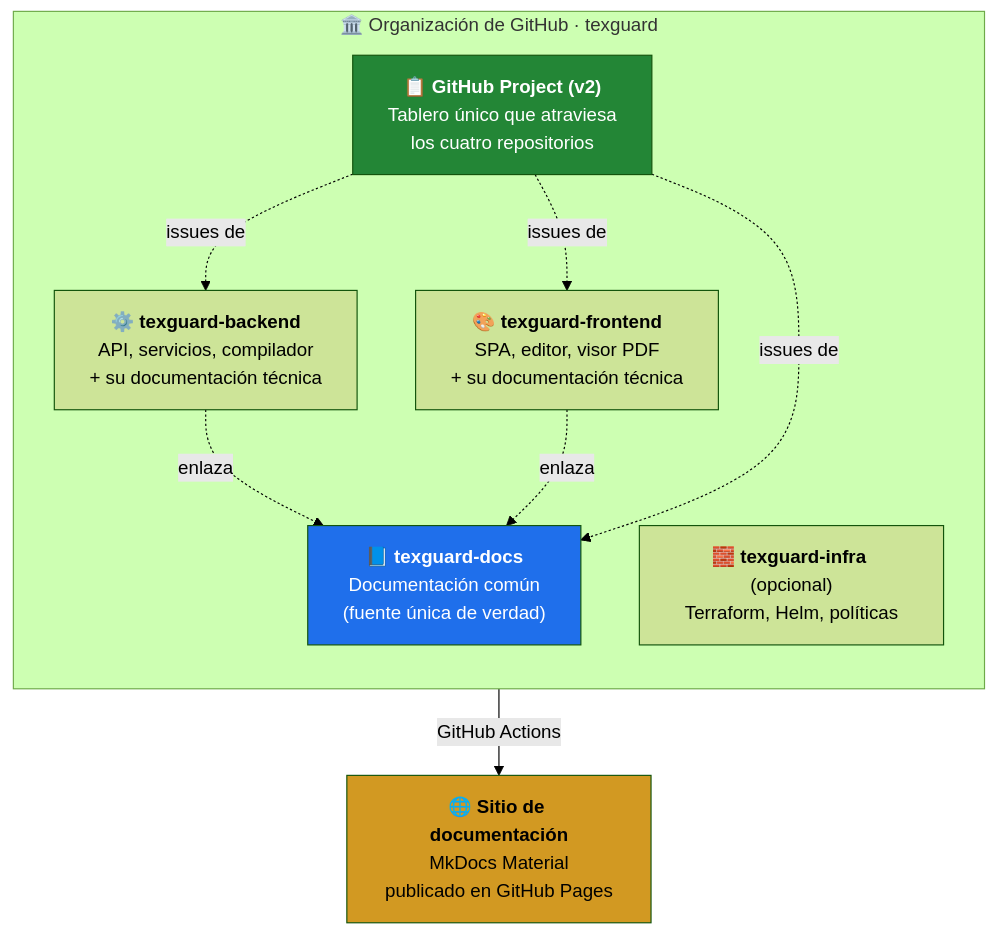
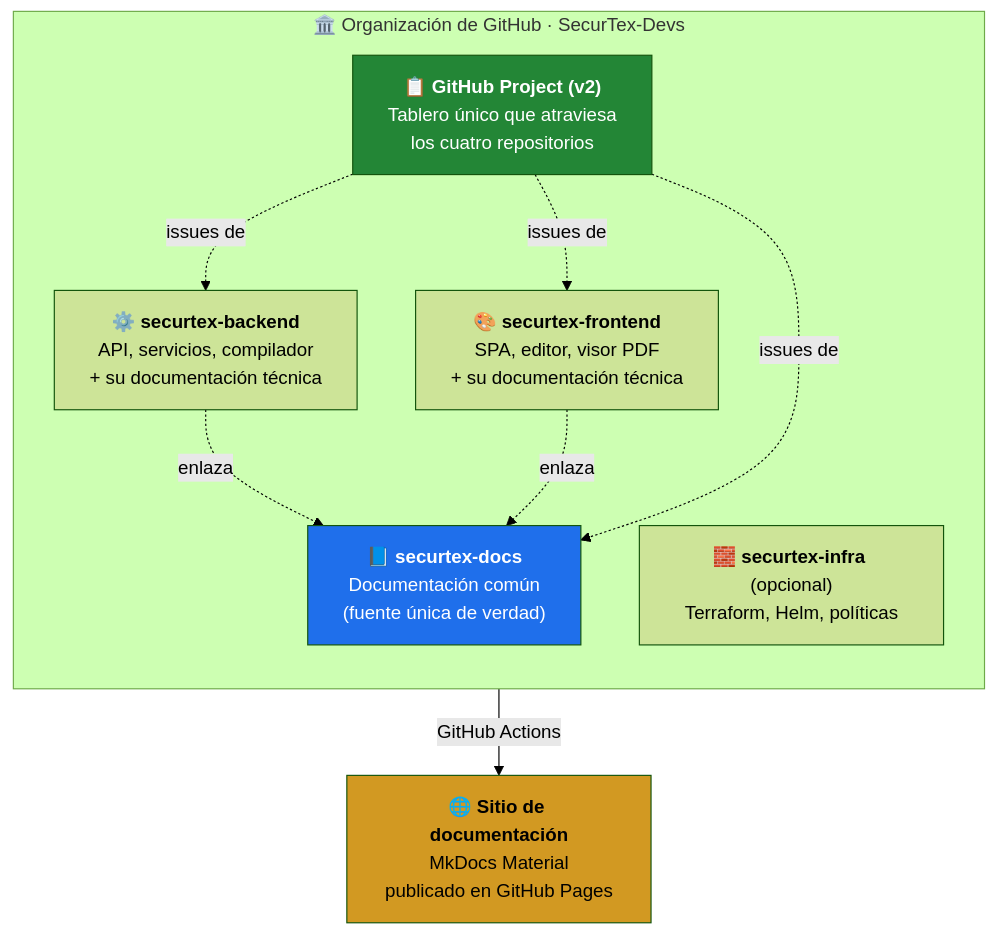
Before and after one commit to SecurTex-Devs/securetex: the first of 2 diagrams in docs/00-Publicacion-de-la-Documentacion.md, drawn with Mermaid (forest theme). The commit also changed other lines of this file and 25 other files, not shown here.

First line of the commit message:
refactor: renombra el producto de TeXGuard a SecurTex

````diff
--- a/docs/00-Publicacion-de-la-Documentacion.md
+++ b/docs/00-Publicacion-de-la-Documentacion.md
@@ -11,24 +11,24 @@
 ```mermaid
 graph TB
-    subgraph ORG["🏛️ Organización de GitHub · texguard"]
+    subgraph ORG["🏛️ Organización de GitHub · SecurTex-Devs"]
         direction TB
-        DOCS["📘 <b>texguard-docs</b><br/>Documentación común<br/>(fuente única de verdad)"]
-        BE["⚙️ <b>texguard-backend</b><br/>API, servicios, compilador<br/>+ su documentación técnica"]
-        FE["🎨 <b>texguard-frontend</b><br/>SPA, editor, visor PDF<br/>+ su documentación técnica"]
-        INFRA["🧱 <b>texguard-infra</b> (opcional)<br/>Terraform, Helm, políticas"]
+        DOCS["📘 <b>securtex-docs</b><br/>Documentación común<br/>(fuente única de verdad)"]
+        BE["⚙️ <b>securtex-backend</b><br/>API, servicios, compilador<br/>+ su documentación técnica"]
+        FE["🎨 <b>securtex-frontend</b><br/>SPA, editor, visor PDF<br/>+ su documentación técnica"]
+        INFRA["🧱 <b>securtex-infra</b> (opcional)<br/>Terraform, Helm, políticas"]
         PROJ["📋 <b>GitHub Project (v2)</b><br/>Tablero único que atraviesa<br/>los cuatro repositorios"]
     end
 
     SITE["🌐 <b>Sitio de documentación</b><br/>MkDocs Material<br/>publicado en GitHub Pages"]
 
     DOCS -->|GitHub Actions| SITE
     BE -.->|enlaza| DOCS
     FE -.->|enlaza| DOCS
     PROJ -.->|issues de| BE
     PROJ -.->|issues de| FE
     PROJ -.->|issues de| DOCS
 
     style DOCS fill:#1f6feb,color:#fff
     style PROJ fill:#238636,color:#fff
     style SITE fill:#d29922,color:#000
 ```
````
